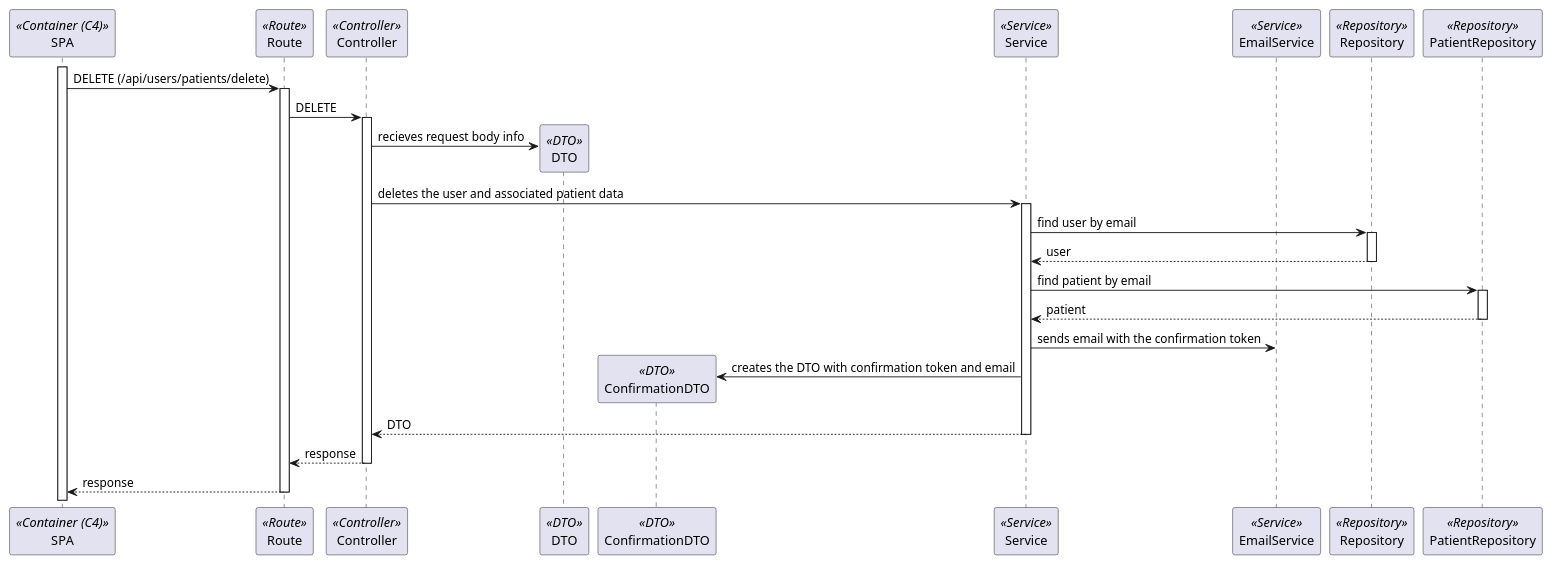
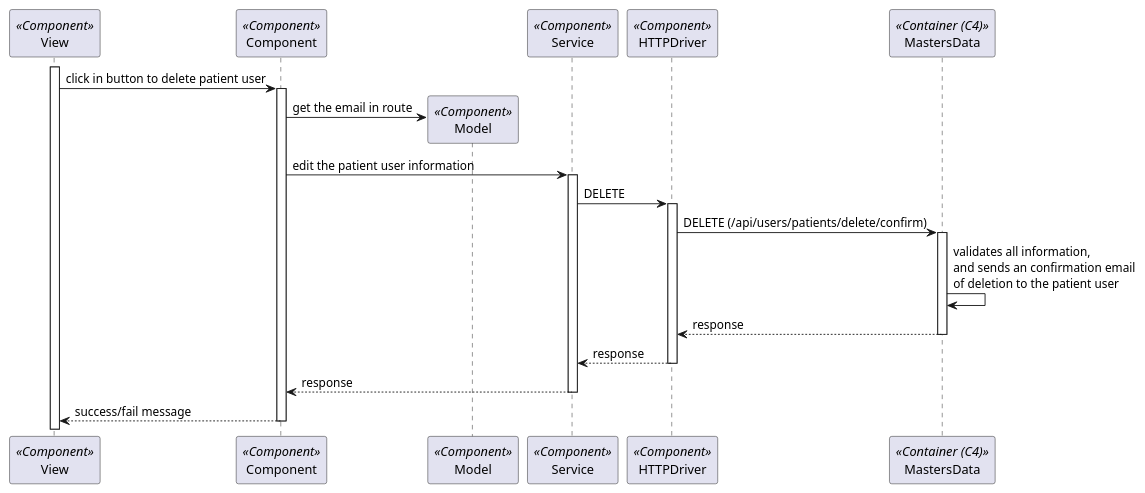
Before and after one commit to Rodrick0209/ISEP-SEM5PI-24-25: the diagram in docs/Sprint_2/Backoffice/US_6.2.3/L3/Process_View_Prior_Confirmation.puml, drawn with PlantUML. The commit also changed 19 other files, not shown here.

Commit message:
Updated level 3 diagrams for SPA adaptation #25

```diff
--- a/docs/Sprint_2/Backoffice/US_6.2.3/L3/Process_View_Prior_Confirmation.puml
+++ b/docs/Sprint_2/Backoffice/US_6.2.3/L3/Process_View_Prior_Confirmation.puml
@@ -2,30 +2,24 @@
 @startuml Process_View_Prior_Confirmation
-participant SPA as FE <<Container (C4)>>
-participant Route as Route <<Route>>
-participant Controller as Controller <<Controller>>
-participant DTO as DTO <<DTO>>
-participant ConfirmationDTO as ConfirmationDTO <<DTO>>
-participant Service as Service <<Service>>
-participant EmailService as EmailService <<Service>>
-participant Repository as Repository <<Repository>>
-participant PatientRepository as PatientRepository <<Repository>>
-activate FE
-FE-> Route: DELETE (/api/users/patients/delete)
-activate Route
-Route -> Controller : DELETE
-activate Controller
-Controller -> DTO** : recieves request body info
-Controller -> Service : deletes the user and associated patient data
+participant View as View <<Component>>
+participant Component as Component <<Component>>
+participant Model as Model <<Component>>
+participant Service as Service <<Component>>
+participant HTTPDriver as HTTPDriver <<Component>>
+participant MastersData as BE <<Container (C4)>>
+
+activate View
+View -> Component: click in button to delete patient user
+activate Component
+Component -> Model**: get the email in route
+Component -> Service: edit the patient user information
 activate Service
-Service -> Repository : find user by email
-activate Repository
-return user
-Service -> PatientRepository : find patient by email
-activate PatientRepository
-return patient
-Service -> EmailService : sends email with the confirmation token
-Service -> ConfirmationDTO** : creates the DTO with confirmation token and email
-return DTO
+Service -> HTTPDriver: DELETE
+activate HTTPDriver
+HTTPDriver -> BE: DELETE (/api/users/patients/delete/confirm)
+activate BE
+BE -> BE: validates all information,\nand sends an confirmation email\nof deletion to the patient user
 return response
 return response
+return response
+return success/fail message
 @enduml
```
